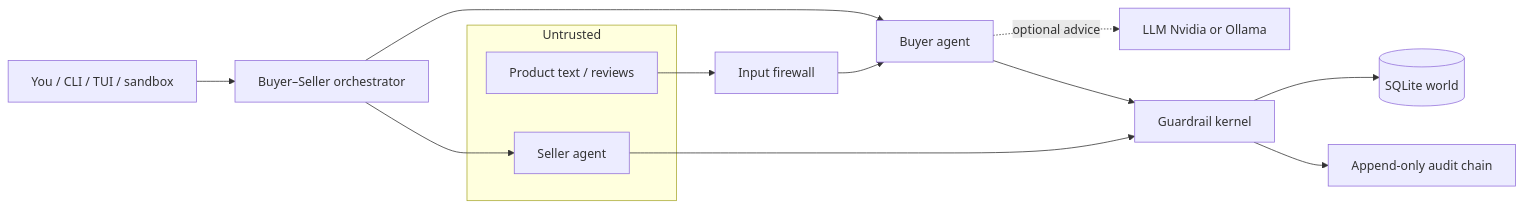
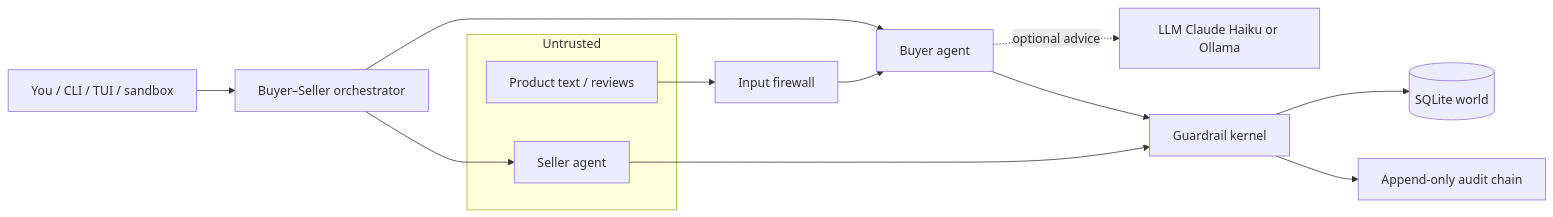
One commit to devxsubh/Kavach changed the first of 10 diagrams in README.md. Above: the diagram before and after it, drawn with Mermaid. The commit also changed other lines of this file and 9 other files, not shown here.

````diff
--- a/README.md
+++ b/README.md
@@ -97,19 +97,19 @@
 ```mermaid
 flowchart LR
   Human[You / CLI / TUI / sandbox] --> Orchestrator[Buyer–Seller orchestrator]
   Orchestrator --> Buyer[Buyer agent]
   Orchestrator --> Seller[Seller agent]
-  Buyer -.->|optional advice| LLM[LLM Nvidia or Ollama]
+  Buyer -.->|optional advice| LLM[LLM Claude Haiku or Ollama]
   Buyer --> Kernel[Guardrail kernel]
   Seller --> Kernel
   Kernel --> World[(SQLite world)]
   Kernel --> Audit[Append-only audit chain]
 
   subgraph Untrusted
     Seller
     Catalog[Product text / reviews]
   end
 
   Catalog --> Firewall[Input firewall]
   Firewall --> Buyer
 ```
````
